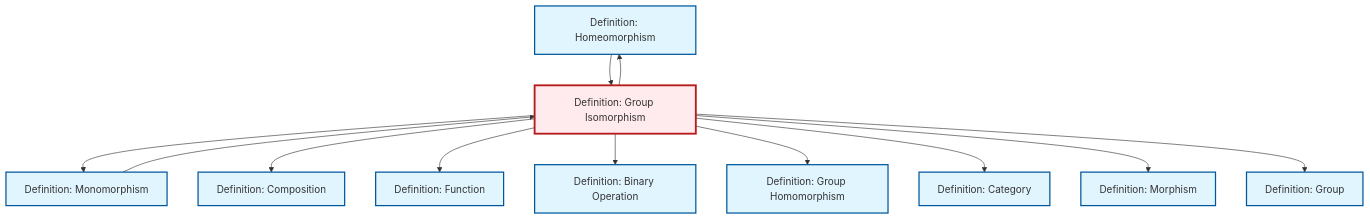
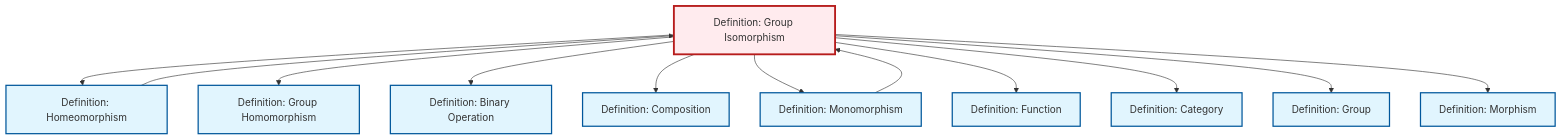
Before and after one commit to RK0429/ModernMath: the diagram in content/en/algebra/def-isomorphism.qmd, drawn with Mermaid. The commit also changed other lines of this file and 654 other files, not shown here.

````diff
--- a/content/en/algebra/def-isomorphism.qmd
+++ b/content/en/algebra/def-isomorphism.qmd
@@ -112,40 +112,40 @@
 ```{mermaid}
 %%| fig-cap: "Local dependency graph"
 graph TD
     classDef definition fill:#e1f5fe,stroke:#01579b,stroke-width:2px
     classDef theorem fill:#f3e5f5,stroke:#4a148c,stroke-width:2px
     classDef axiom fill:#fff3e0,stroke:#e65100,stroke-width:2px
     classDef example fill:#e8f5e9,stroke:#1b5e20,stroke-width:2px
     classDef current fill:#ffebee,stroke:#b71c1c,stroke-width:3px
-    def-category["Definition: Category"]:::definition
+    def-isomorphism["Definition: Group Isomorphism"]:::definition
     def-group["Definition: Group"]:::definition
-    def-composition["Definition: Composition"]:::definition
+    def-homeomorphism["Definition: Homeomorphism"]:::definition
     def-binary-operation["Definition: Binary Operation"]:::definition
-    def-homeomorphism["Definition: Homeomorphism"]:::definition
-    def-monomorphism["Definition: Monomorphism"]:::definition
-    def-isomorphism["Definition: Group Isomorphism"]:::definition
     def-function["Definition: Function"]:::definition
     def-morphism["Definition: Morphism"]:::definition
+    def-category["Definition: Category"]:::definition
     def-homomorphism["Definition: Group Homomorphism"]:::definition
+    def-composition["Definition: Composition"]:::definition
+    def-monomorphism["Definition: Monomorphism"]:::definition
+    def-isomorphism --> def-homeomorphism
+    def-homeomorphism --> def-isomorphism
+    def-isomorphism --> def-homomorphism
+    def-isomorphism --> def-binary-operation
+    def-isomorphism --> def-composition
     def-isomorphism --> def-monomorphism
-    def-isomorphism --> def-composition
-    def-isomorphism --> def-homeomorphism
     def-isomorphism --> def-function
-    def-isomorphism --> def-binary-operation
-    def-isomorphism --> def-homomorphism
     def-isomorphism --> def-category
+    def-isomorphism --> def-group
+    def-monomorphism --> def-isomorphism
     def-isomorphism --> def-morphism
-    def-monomorphism --> def-isomorphism
-    def-isomorphism --> def-group
-    def-homeomorphism --> def-isomorphism
     class def-isomorphism current
-    click def-category "def-category.html" "Go to Category definition"
     click def-group "def-group.html" "Go to Group definition"
-    click def-composition "def-composition.html" "Go to Composition definition"
+    click def-homeomorphism "def-homeomorphism.html" "Go to Homeomorphism definition"
     click def-binary-operation "def-binary-operation.html" "Go to Binary Operation definition"
-    click def-homeomorphism "def-homeomorphism.html" "Go to Homeomorphism definition"
-    click def-monomorphism "def-monomorphism.html" "Go to Monomorphism definition"
     click def-function "def-function.html" "Go to Function definition"
     click def-morphism "def-morphism.html" "Go to Morphism definition"
+    click def-category "def-category.html" "Go to Category definition"
     click def-homomorphism "def-homomorphism.html" "Go to Group Homomorphism definition"
+    click def-composition "def-composition.html" "Go to Composition definition"
+    click def-monomorphism "def-monomorphism.html" "Go to Monomorphism definition"
 ```
````
